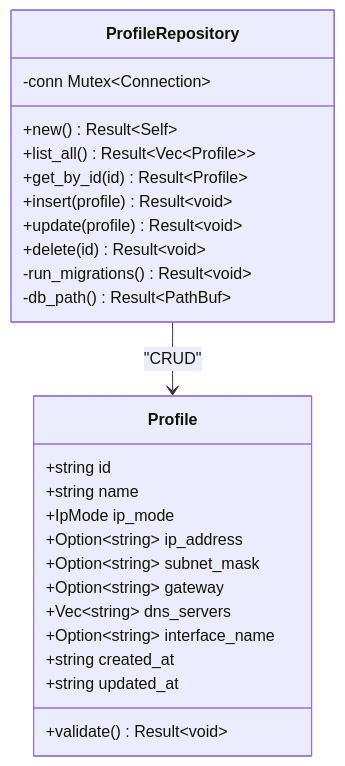
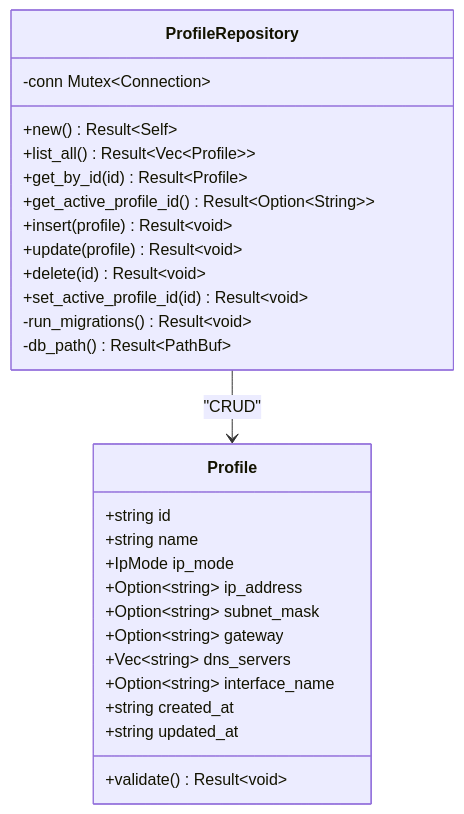
The fifth of 6 diagrams in .qoder/repowiki/zh/content/后端开发指南/后端开发指南.md (xdongliang/IPSwitcher), drawn with Mermaid before and after one commit. The commit also changed other lines of this file and 3 other files, not shown here.

````diff
--- a/.qoder/repowiki/zh/content/后端开发指南/后端开发指南.md
+++ b/.qoder/repowiki/zh/content/后端开发指南/后端开发指南.md
@@ -229,28 +265,30 @@
 ```mermaid
 classDiagram
 class ProfileRepository {
 +new() Result~Self~
 +list_all() Result~Vec~Profile~~
 +get_by_id(id) Result~Profile~
++get_active_profile_id() Result~Option~String~~
 +insert(profile) Result~void~
 +update(profile) Result~void~
 +delete(id) Result~void~
++set_active_profile_id(id) Result~void~
 -conn Mutex~Connection~
 -run_migrations() Result~void~
 -db_path() Result~PathBuf~
 }
 class Profile {
 +string id
 +string name
 +IpMode ip_mode
 +Option~string~ ip_address
 +Option~string~ subnet_mask
 +Option~string~ gateway
 +Vec~string~ dns_servers
 +Option~string~ interface_name
 +string created_at
 +string updated_at
 +validate() Result~void~
 }
 ProfileRepository --> Profile : "CRUD"
 ```
````
